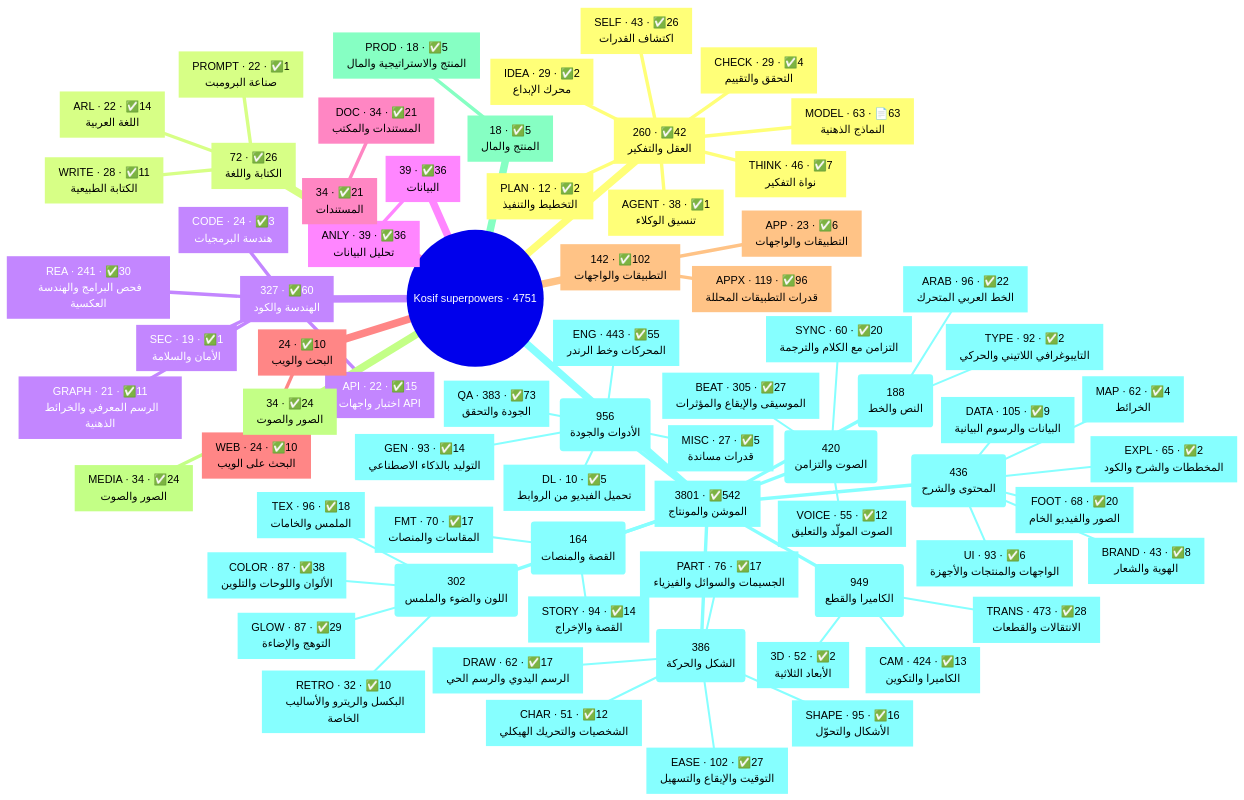
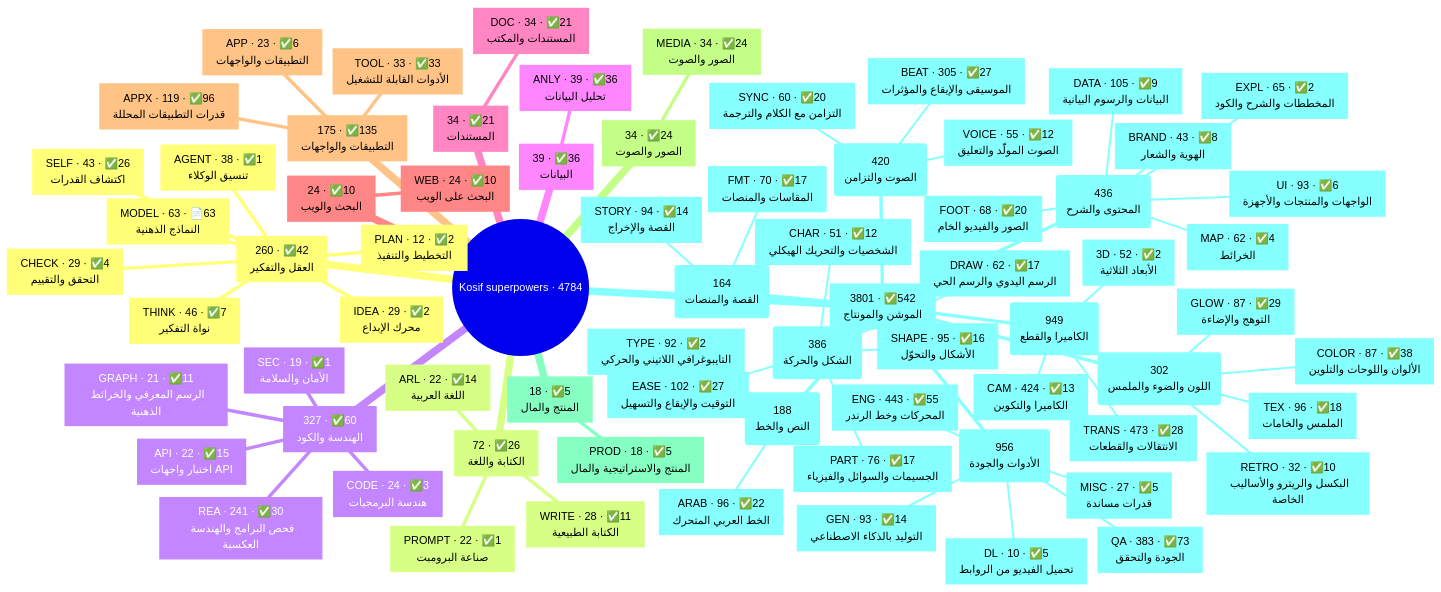
Before and after one commit to kosif199022-jpg/kosif-tool: the first of 2 diagrams in .claude/skills/kosif-superpowers/references/capability-map.md, drawn with Mermaid. The commit also changed other lines of this file and 52 other files, not shown here.

````diff
--- a/.claude/skills/kosif-superpowers/references/capability-map.md
+++ b/.claude/skills/kosif-superpowers/references/capability-map.md
@@ -18,6 +18,6 @@
 ```mermaid
 mindmap
-  root((Kosif superpowers · 4751))
+  root((Kosif superpowers · 4784))
     n1["`260 · ✅42
 العقل والتفكير`"]
       n2["`MODEL · 63 · 📄63
@@ -66,96 +66,98 @@
 البحث والويب`"]
       n24["`WEB · 24 · ✅10
 البحث على الويب`"]
-    n25["`142 · ✅102
+    n25["`175 · ✅135
 التطبيقات والواجهات`"]
       n26["`APPX · 119 · ✅96
 قدرات التطبيقات المحللة`"]
-      n27["`APP · 23 · ✅6
+      n27["`TOOL · 33 · ✅33
+الأدوات القابلة للتشغيل`"]
+      n28["`APP · 23 · ✅6
 التطبيقات والواجهات`"]
-    n28["`34 · ✅24
+    n29["`34 · ✅24
 الصور والصوت`"]
-      n29["`MEDIA · 34 · ✅24
+      n30["`MEDIA · 34 · ✅24
 الصور والصوت`"]
-    n30["`18 · ✅5
+    n31["`18 · ✅5
 المنتج والمال`"]
-      n31["`PROD · 18 · ✅5
+      n32["`PROD · 18 · ✅5
 المنتج والاستراتيجية والمال`"]
-    n32["`3801 · ✅542
+    n33["`3801 · ✅542
 الموشن والمونتاج`"]
-      n33("`188
+      n34("`188
 النص والخط`")
-        n34["`ARAB · 96 · ✅22
+        n35["`ARAB · 96 · ✅22
 الخط العربي المتحرك`"]
-        n35["`TYPE · 92 · ✅2
+        n36["`TYPE · 92 · ✅2
 التايبوغرافي اللاتيني والحركي`"]
-      n36("`302
+      n37("`302
 اللون والضوء والملمس`")
-        n37["`TEX · 96 · ✅18
+        n38["`TEX · 96 · ✅18
 الملمس والخامات`"]
-        n38["`COLOR · 87 · ✅38
+        n39["`COLOR · 87 · ✅38
 الألوان واللوحات والتلوين`"]
-        n39["`GLOW · 87 · ✅29
+        n40["`GLOW · 87 · ✅29
 التوهج والإضاءة`"]
-        n40["`RETRO · 32 · ✅10
+        n41["`RETRO · 32 · ✅10
 البكسل والريترو والأساليب الخاصة`"]
-      n41("`386
+      n42("`386
 الشكل والحركة`")
-        n42["`EASE · 102 · ✅27
+        n43["`EASE · 102 · ✅27
 التوقيت والإيقاع والتسهيل`"]
-        n43["`SHAPE · 95 · ✅16
+        n44["`SHAPE · 95 · ✅16
 الأشكال والتحوّل`"]
-        n44["`PART · 76 · ✅17
+        n45["`PART · 76 · ✅17
 الجسيمات والسوائل والفيزياء`"]
-        n45["`DRAW · 62 · ✅17
+        n46["`DRAW · 62 · ✅17
 الرسم اليدوي والرسم الحي`"]
-        n46["`CHAR · 51 · ✅12
+        n47["`CHAR · 51 · ✅12
 الشخصيات والتحريك الهيكلي`"]
-      n47("`949
+      n48("`949
 الكاميرا والقطع`")
-        n48["`TRANS · 473 · ✅28
+        n49["`TRANS · 473 · ✅28
 الانتقالات والقطعات`"]
-        n49["`CAM · 424 · ✅13
+        n50["`CAM · 424 · ✅13
 الكاميرا والتكوين`"]
-        n50["`3D · 52 · ✅2
+        n51["`3D · 52 · ✅2
 الأبعاد الثلاثية`"]
-      n51("`420
+      n52("`420
 الصوت والتزامن`")
-        n52["`BEAT · 305 · ✅27
+        n53["`BEAT · 305 · ✅27
 الموسيقى والإيقاع والمؤثرات`"]
-        n53["`SYNC · 60 · ✅20
+        n54["`SYNC · 60 · ✅20
 التزامن مع الكلام والترجمة`"]
-        n54["`VOICE · 55 · ✅12
+        n55["`VOICE · 55 · ✅12
 الصوت المولّد والتعليق`"]
-      n55("`436
+      n56("`436
 المحتوى والشرح`")
-        n56["`DATA · 105 · ✅9
+        n57["`DATA · 105 · ✅9
 البيانات والرسوم البيانية`"]
-        n57["`UI · 93 · ✅6
+        n58["`UI · 93 · ✅6
 الواجهات والمنتجات والأجهزة`"]
-        n58["`FOOT · 68 · ✅20
+        n59["`FOOT · 68 · ✅20
 الصور والفيديو الخام`"]
-        n59["`EXPL · 65 · ✅2
+        n60["`EXPL · 65 · ✅2
 المخططات والشرح والكود`"]
-        n60["`MAP · 62 · ✅4
+        n61["`MAP · 62 · ✅4
 الخرائط`"]
-        n61["`BRAND · 43 · ✅8
+        n62["`BRAND · 43 · ✅8
 الهوية والشعار`"]
-      n62("`164
+      n63("`164
 القصة والمنصات`")
-        n63["`STORY · 94 · ✅14
+        n64["`STORY · 94 · ✅14
 القصة والإخراج`"]
-        n64["`FMT · 70 · ✅17
+        n65["`FMT · 70 · ✅17
 المقاسات والمنصات`"]
-      n65("`956
+      n66("`956
 الأدوات والجودة`")
-        n66["`ENG · 443 · ✅55
+        n67["`ENG · 443 · ✅55
 المحركات وخط الرندر`"]
-        n67["`QA · 383 · ✅73
+        n68["`QA · 383 · ✅73
 الجودة والتحقق`"]
-        n68["`GEN · 93 · ✅14
+        n69["`GEN · 93 · ✅14
 التوليد بالذكاء الاصطناعي`"]
-        n69["`MISC · 27 · ✅5
+        n70["`MISC · 27 · ✅5
 قدرات مساندة`"]
-        n70["`DL · 10 · ✅5
+        n71["`DL · 10 · ✅5
 تحميل الفيديو من الروابط`"]
 ```
````
